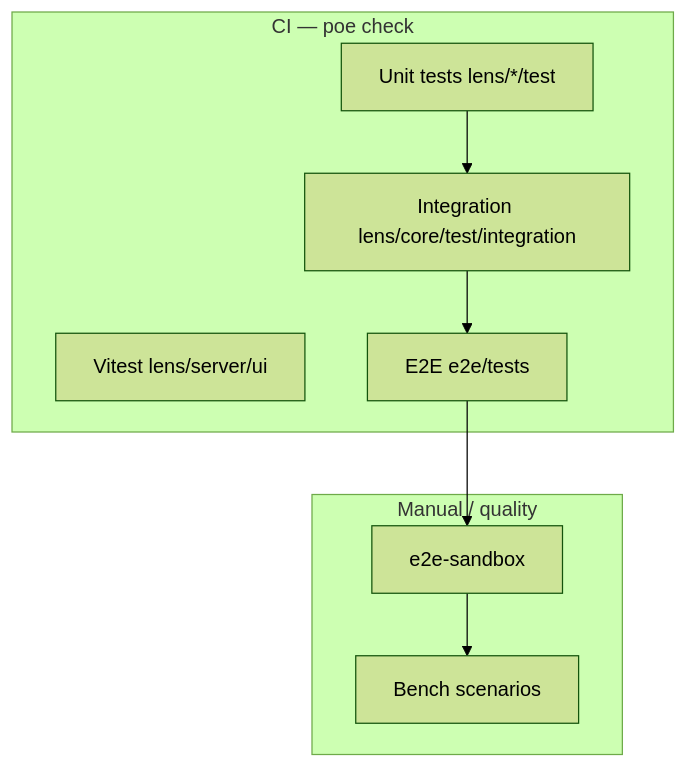
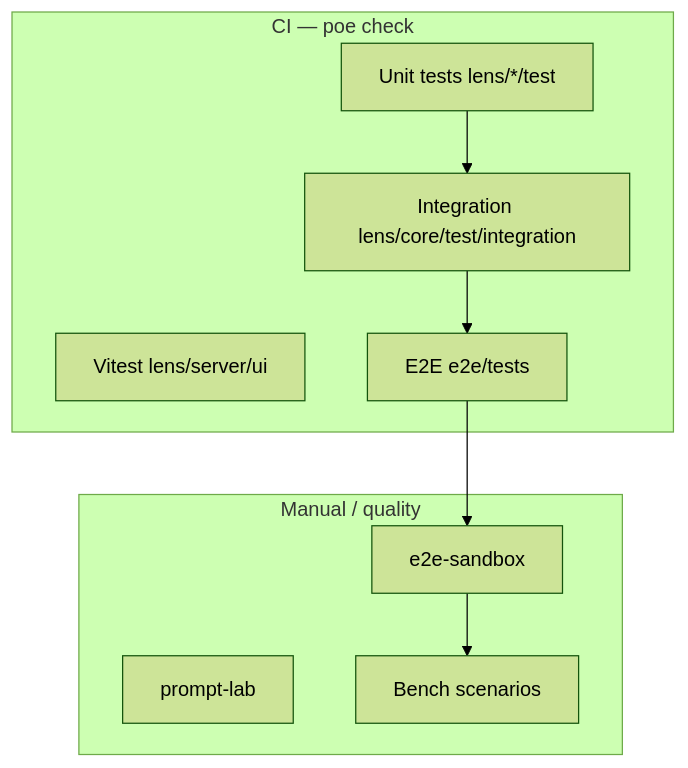
One commit to danielepagano/lens changed the diagram in docs/testing.md. Above: the diagram before and after it, drawn with Mermaid (forest theme). The commit also changed other lines of this file and 23 other files, not shown here.

````diff
--- a/docs/testing.md
+++ b/docs/testing.md
@@ -38,17 +40,18 @@
 ```mermaid
 flowchart TB
   subgraph ci [CI — poe check]
     UNIT[Unit tests lens/*/test]
     INT[Integration lens/core/test/integration]
     UI[Vitest lens/server/ui]
     E2E[E2E e2e/tests]
   end
   subgraph manual [Manual / quality]
+    LAB[prompt-lab]
     SANDBOX[e2e-sandbox]
     BENCH[Bench scenarios]
   end
   UNIT --> INT
   INT --> E2E
   E2E --> SANDBOX
   SANDBOX --> BENCH
 ```
````
